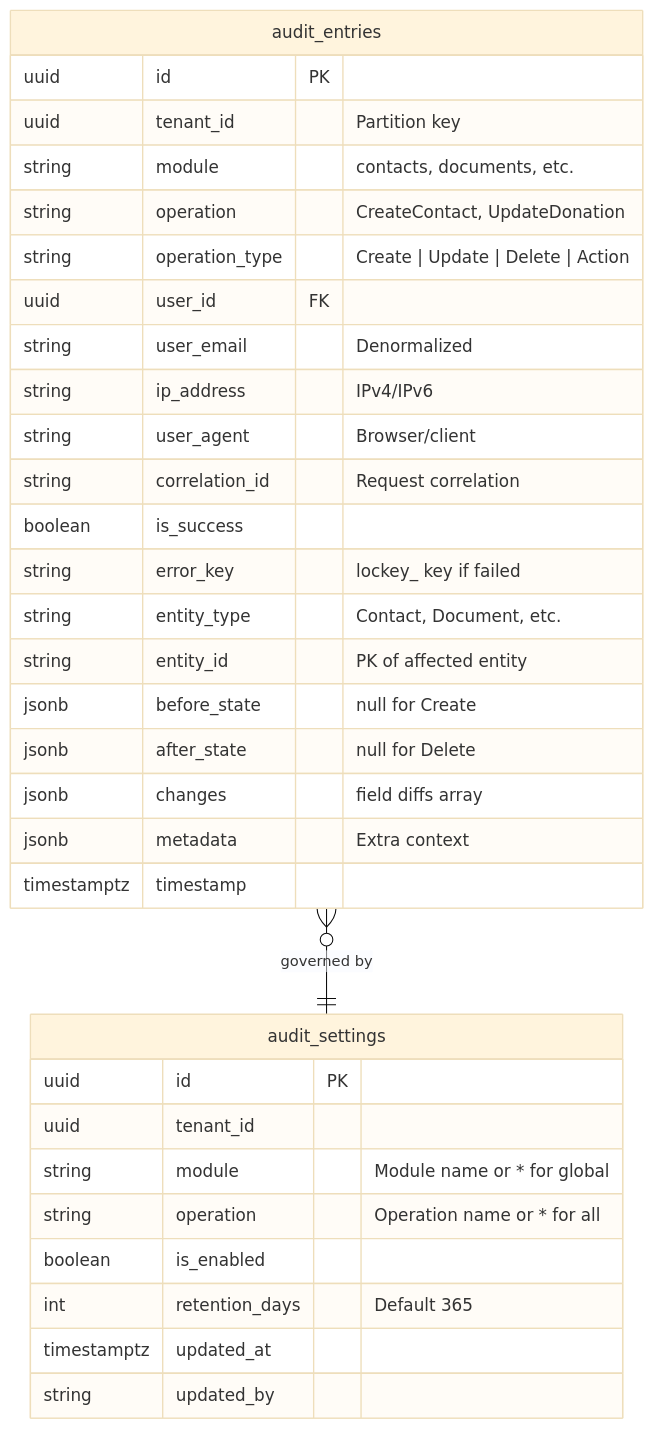
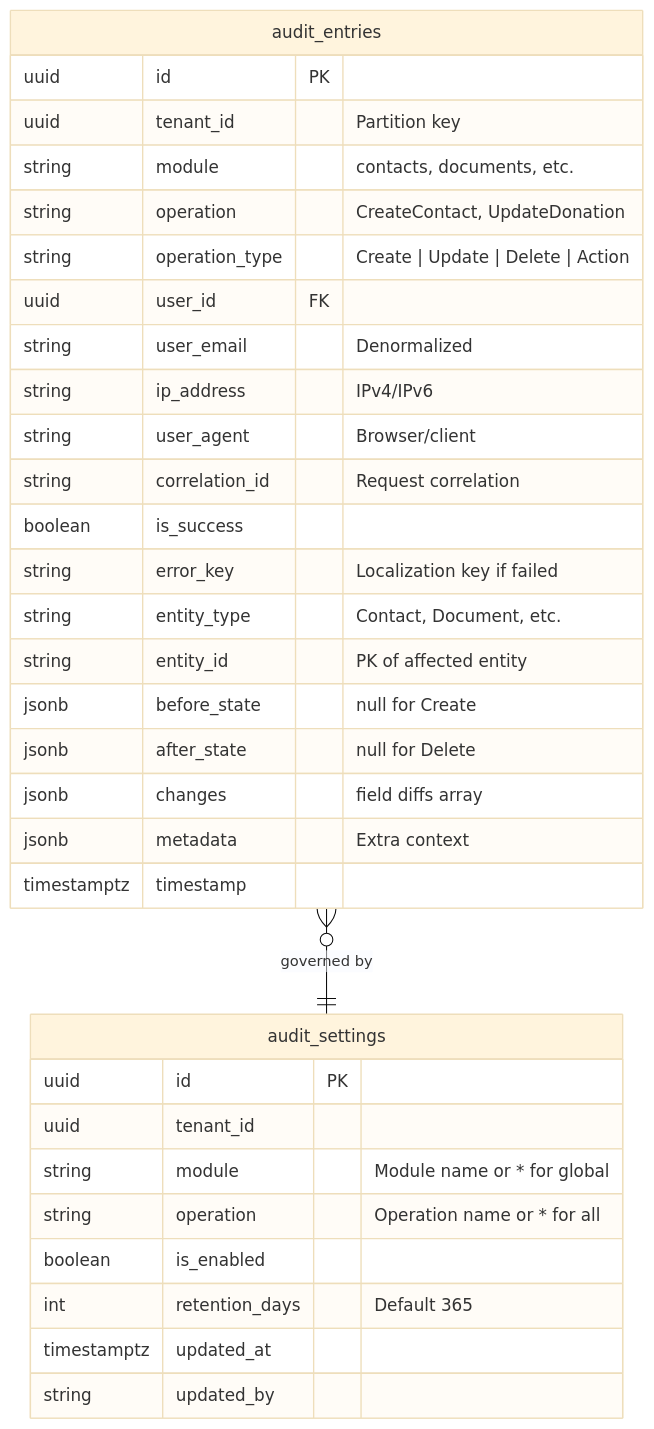
One commit to cemililik/Nexora changed the third of 3 diagrams in docs/modules/audit/SPEC.md. Above: the diagram before and after it, drawn with Mermaid (base theme). The commit also changed 30 other files, not shown here.

````diff
--- a/docs/modules/audit/SPEC.md
+++ b/docs/modules/audit/SPEC.md
@@ -103,37 +103,37 @@
 ```mermaid
 erDiagram
     audit_entries {
         uuid id PK
         uuid tenant_id "Partition key"
         string module "contacts, documents, etc."
         string operation "CreateContact, UpdateDonation"
         string operation_type "Create | Update | Delete | Action"
         uuid user_id FK
         string user_email "Denormalized"
         string ip_address "IPv4/IPv6"
         string user_agent "Browser/client"
         string correlation_id "Request correlation"
         boolean is_success
-        string error_key "lockey_ key if failed"
+        string error_key "Localization key if failed"
         string entity_type "Contact, Document, etc."
         string entity_id "PK of affected entity"
         jsonb before_state "null for Create"
         jsonb after_state "null for Delete"
         jsonb changes "field diffs array"
         jsonb metadata "Extra context"
         timestamptz timestamp
     }
 
     audit_settings {
         uuid id PK
         uuid tenant_id
         string module "Module name or * for global"
         string operation "Operation name or * for all"
         boolean is_enabled
         int retention_days "Default 365"
         timestamptz updated_at
         string updated_by
     }
 
     audit_entries }o--|| audit_settings : "governed by"
 ```
````
